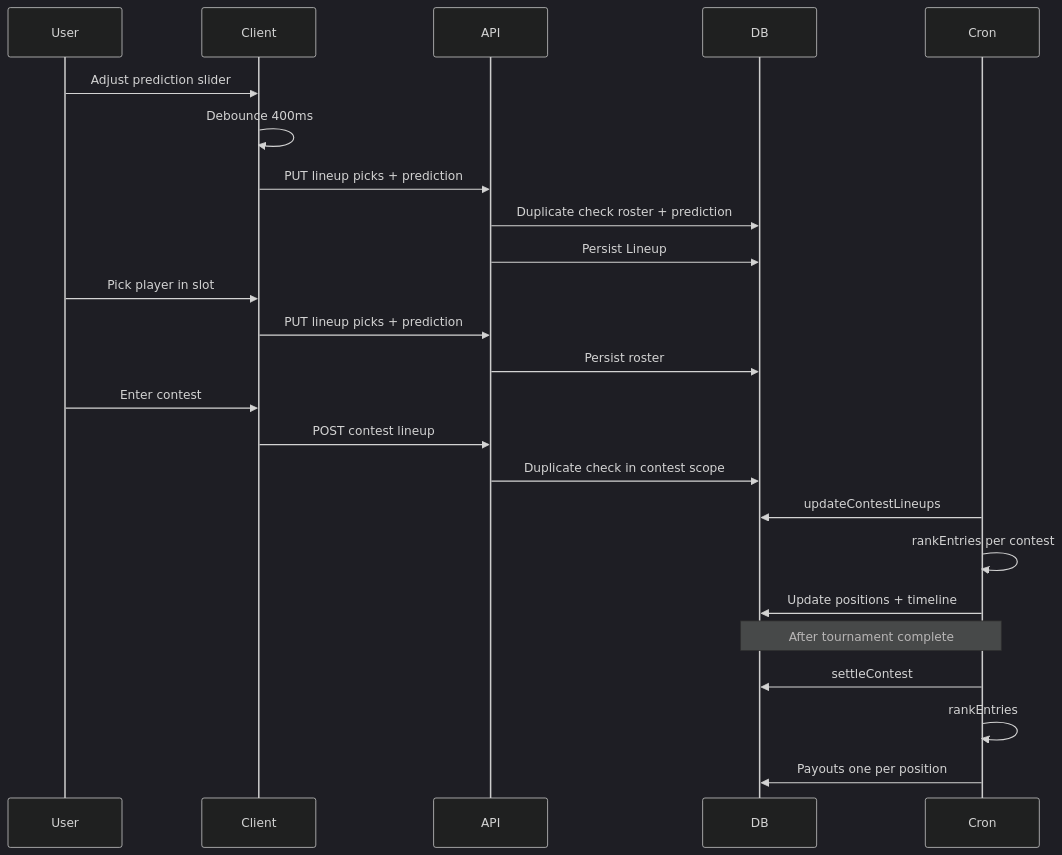
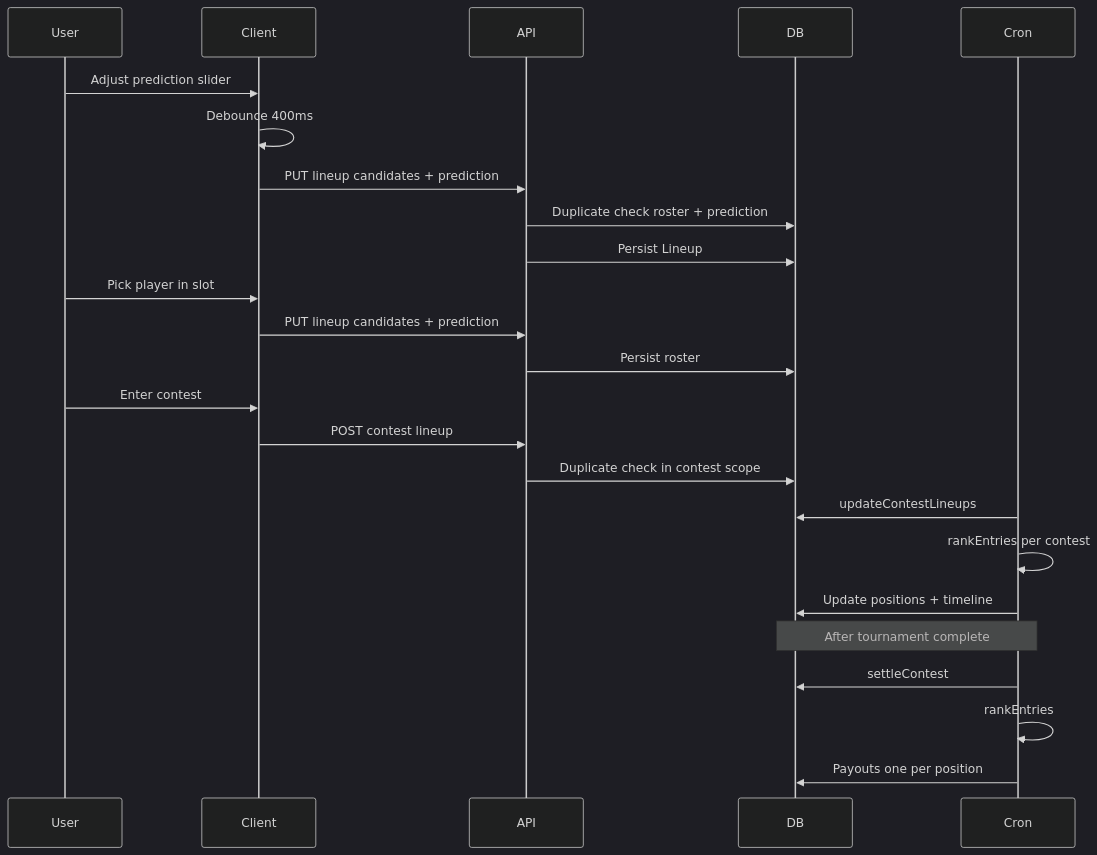
Before and after one commit to MagRelo/cut: the second of 2 diagrams in docs/platform/lineup-tie-breaker.md, drawn with Mermaid (dark theme). The commit also changed other lines of this file and 31 other files, not shown here.

First line of the commit message:
refactor: rename 'picks' to 'candidates' across the codebase

````diff
--- a/docs/platform/lineup-tie-breaker.md
+++ b/docs/platform/lineup-tie-breaker.md
@@ -194,31 +194,31 @@
 ```mermaid
 sequenceDiagram
   participant User
   participant Client
   participant API
   participant DB
   participant Cron
 
   User->>Client: Adjust prediction slider
   Client->>Client: Debounce 400ms
-  Client->>API: PUT lineup picks + prediction
+  Client->>API: PUT lineup candidates + prediction
   API->>DB: Duplicate check roster + prediction
   API->>DB: Persist Lineup
 
   User->>Client: Pick player in slot
-  Client->>API: PUT lineup picks + prediction
+  Client->>API: PUT lineup candidates + prediction
   API->>DB: Persist roster
 
   User->>Client: Enter contest
   Client->>API: POST contest lineup
   API->>DB: Duplicate check in contest scope
 
   Cron->>DB: updateContestLineups
   Cron->>Cron: rankEntries per contest
   Cron->>DB: Update positions + timeline
 
   Note over Cron,DB: After tournament complete
   Cron->>DB: settleContest
   Cron->>Cron: rankEntries
   Cron->>DB: Payouts one per position
 ```
````
